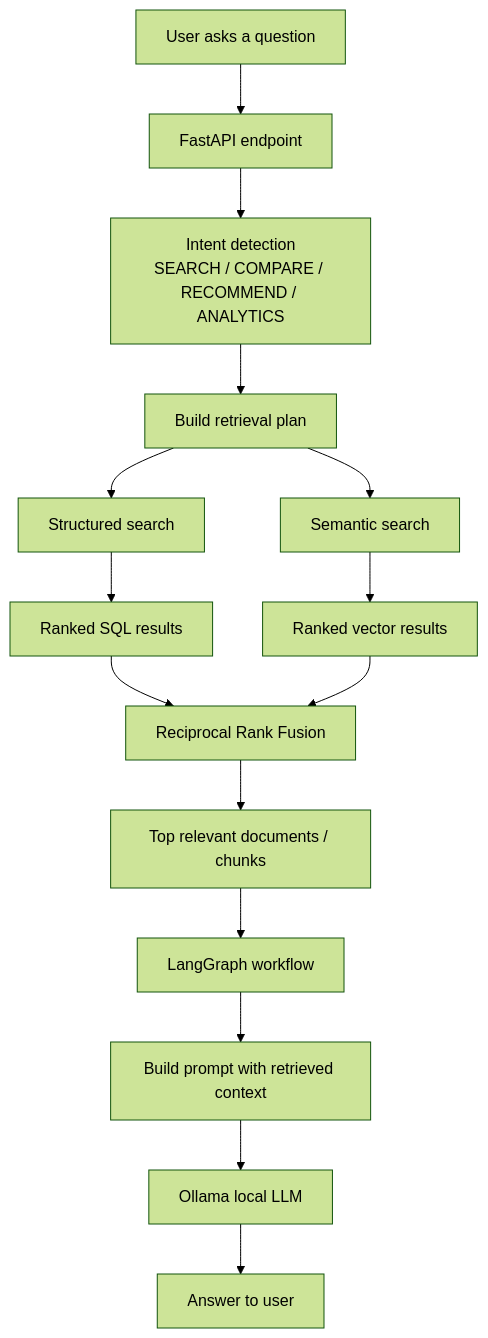
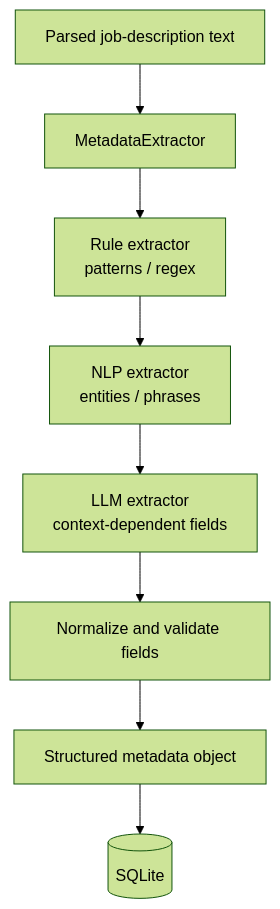
Before and after one commit to pratik-0302/job_description_agent: the third of 10 diagrams in README.md, drawn with Mermaid (forest theme). The commit also changed other lines of this file, not shown here.

Commit message:
Expand README with complete documentation and Mermaid diagrams

````diff
--- a/README.md
+++ b/README.md
@@ -90,17 +166,10 @@
 ```mermaid
 flowchart TD
-    A["User asks a question"] --> B["FastAPI endpoint"]
-    B --> C["Intent detection<br/>SEARCH / COMPARE / RECOMMEND / ANALYTICS"]
-    C --> D["Build retrieval plan"]
-    D --> E["Structured search"]
-    D --> F["Semantic search"]
-    E --> G["Ranked SQL results"]
-    F --> H["Ranked vector results"]
-    G --> I["Reciprocal Rank Fusion"]
-    H --> I
-    I --> J["Top relevant documents / chunks"]
-    J --> K["LangGraph workflow"]
-    K --> L["Build prompt with retrieved context"]
-    L --> M["Ollama local LLM"]
-    M --> N["Answer to user"]
+    A["Parsed job-description text"] --> B["MetadataExtractor"]
+    B --> C["Rule extractor<br/>patterns / regex"]
+    C --> D["NLP extractor<br/>entities / phrases"]
+    D --> E["LLM extractor<br/>context-dependent fields"]
+    E --> F["Normalize and validate fields"]
+    F --> G["Structured metadata object"]
+    G --> H[("SQLite")]
 ```
````
